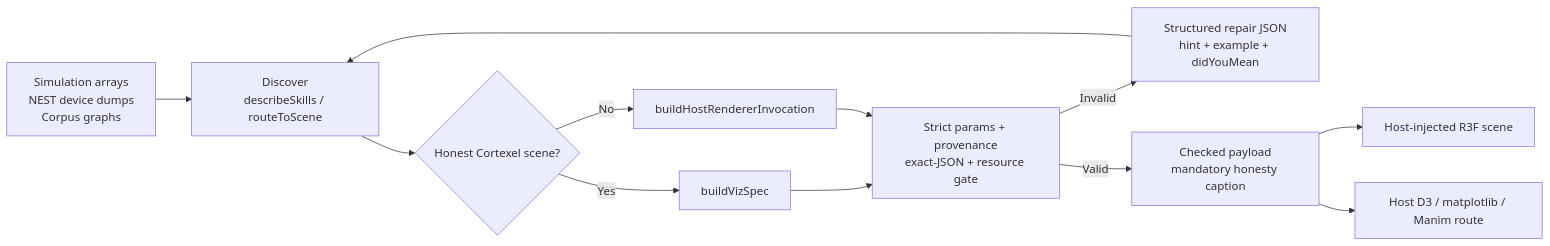
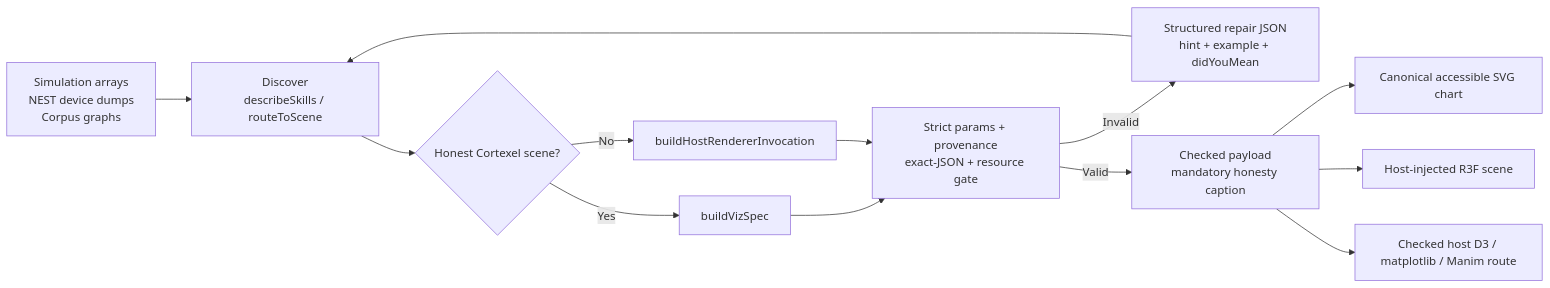
The first of 2 diagrams in README.md (sepahead/cortexel), drawn with Mermaid before and after one commit. The commit also changed other lines of this file and 2 other files, not shown here.

````diff
--- a/README.md
+++ b/README.md
@@ -33,14 +41,15 @@
 ```mermaid
 flowchart LR
   A["Simulation arrays<br/>NEST device dumps<br/>Corpus graphs"] --> B["Discover<br/>describeSkills / routeToScene"]
   B --> C{"Honest Cortexel scene?"}
   C -- Yes --> D["buildVizSpec"]
   C -- No --> E["buildHostRendererInvocation"]
   D --> F["Strict params + provenance<br/>exact-JSON + resource gate"]
   E --> F
   F -- Invalid --> G["Structured repair JSON<br/>hint + example + didYouMean"]
   G --> B
   F -- Valid --> H["Checked payload<br/>mandatory honesty caption"]
-  H --> I["Host-injected R3F scene"]
-  H --> J["Host D3 / matplotlib / Manim route"]
+  H --> I["Canonical accessible SVG chart"]
+  H --> J["Host-injected R3F scene"]
+  H --> K["Checked host D3 / matplotlib / Manim route"]
 ```
````
